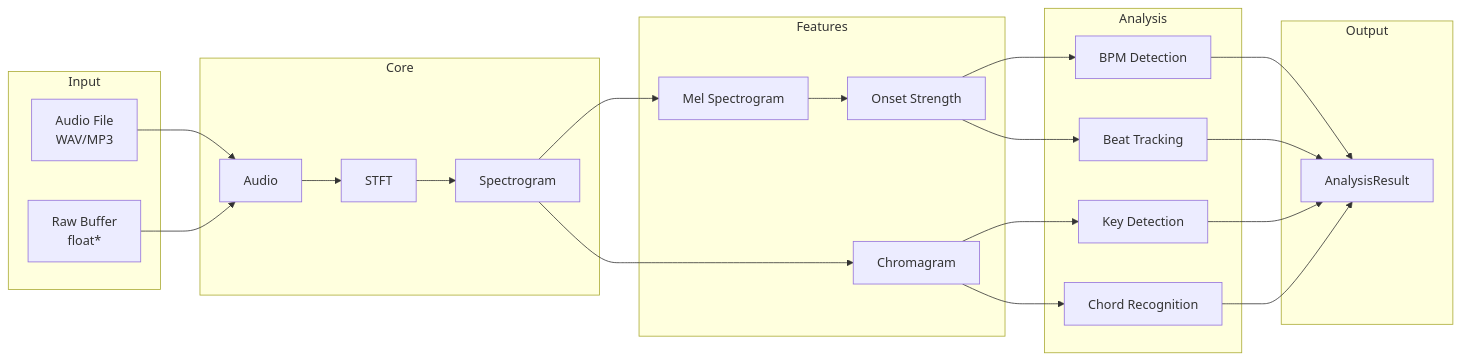
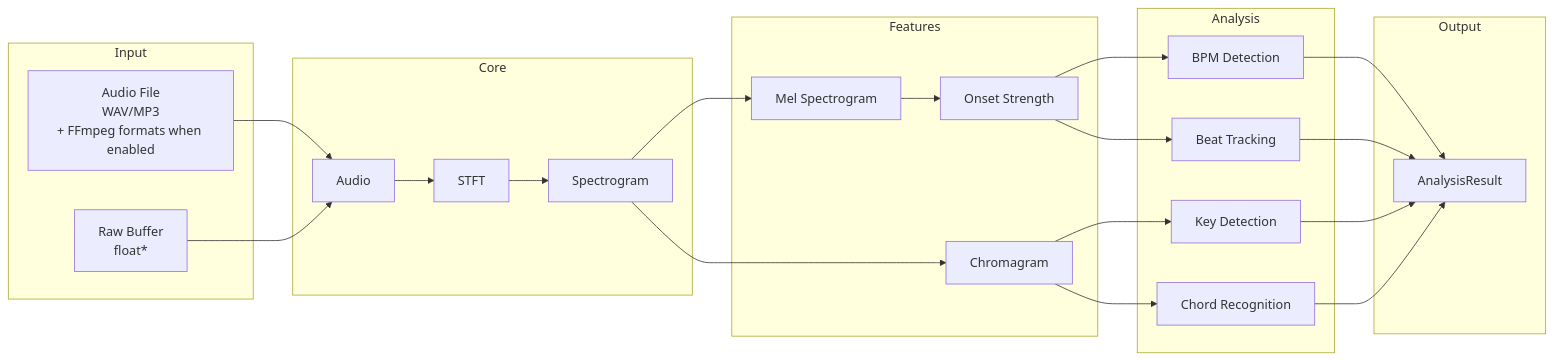
One commit to libraz/libsonare-homepage changed the second of 4 diagrams in src/docs/architecture.md. Above: the diagram before and after it, drawn with Mermaid. The commit also changed other lines of this file and 34 other files, not shown here.

````diff
--- a/src/docs/architecture.md
+++ b/src/docs/architecture.md
@@ -161,46 +184,46 @@
 ```mermaid
 flowchart LR
     subgraph Input
-        FILE[Audio File<br/>WAV/MP3]
+        FILE[Audio File<br/>WAV/MP3<br/>+ FFmpeg formats when enabled]
         BUFFER[Raw Buffer<br/>float*]
     end
 
     subgraph Core
         AUDIO[Audio]
         STFT[STFT]
         SPEC[Spectrogram]
     end
 
     subgraph Features
         MEL[Mel Spectrogram]
         CHROMA[Chromagram]
         ONSET[Onset Strength]
     end
 
     subgraph Analysis
         BPM[BPM Detection]
         KEY[Key Detection]
         BEAT[Beat Tracking]
         CHORD[Chord Recognition]
     end
 
     subgraph Output
         RESULT[AnalysisResult]
     end
 
     FILE --> AUDIO
     BUFFER --> AUDIO
     AUDIO --> STFT
     STFT --> SPEC
     SPEC --> MEL
     SPEC --> CHROMA
     MEL --> ONSET
     ONSET --> BPM
     ONSET --> BEAT
     CHROMA --> KEY
     CHROMA --> CHORD
     BPM --> RESULT
     KEY --> RESULT
     BEAT --> RESULT
     CHORD --> RESULT
 ```
````
